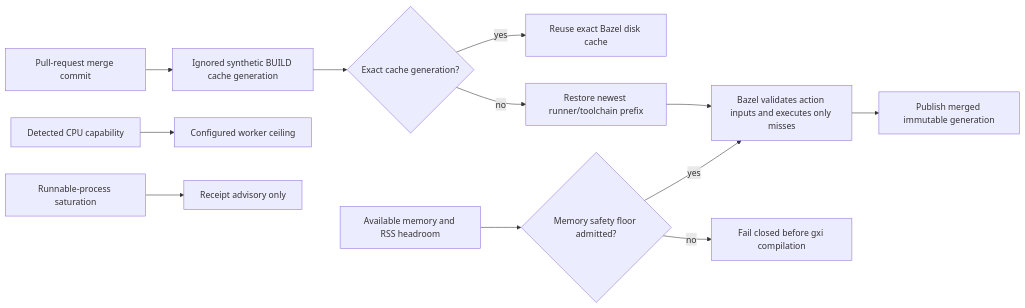
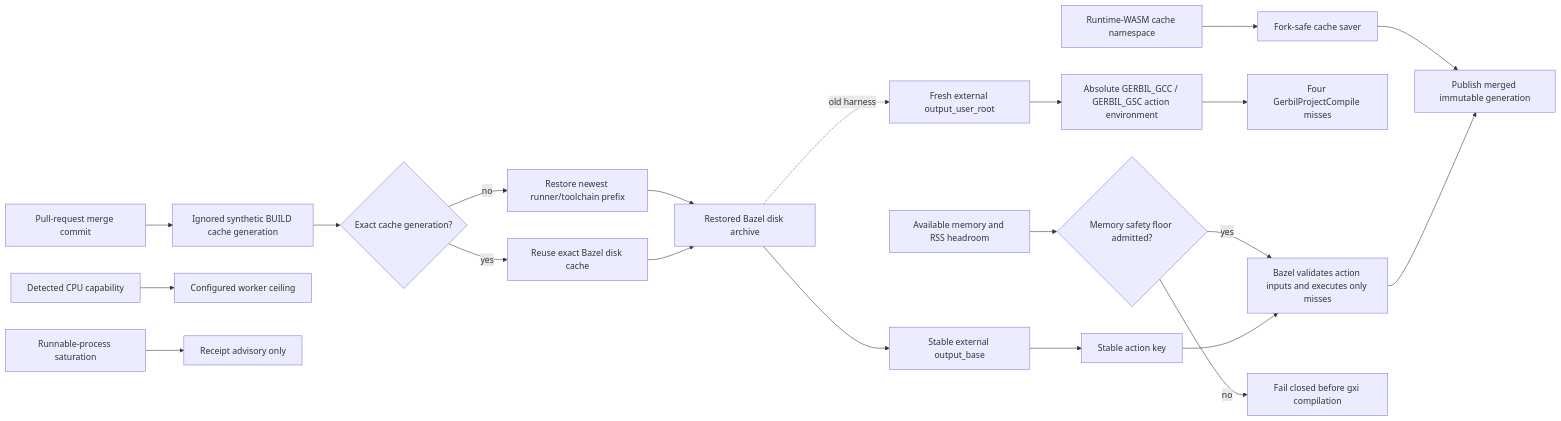
Before and after one commit to tao3k/poo-flow: the second of 16 diagrams in docs/10-19-design/10.06-poo-module-system/147-adaptive-scheme-build-guard.org, drawn with Mermaid. The commit also changed other lines of this file and 4 other files, not shown here.

Commit message:
ci: stabilize Bazel action cache keys

```diff
--- a/docs/10-19-design/10.06-poo-module-system/147-adaptive-scheme-build-guard.org
+++ b/docs/10-19-design/10.06-poo-module-system/147-adaptive-scheme-build-guard.org
@@ -357,14 +363,23 @@
 #+begin_src mermaid
 flowchart LR
   Commit["Pull-request merge commit"] --> Generation["Ignored synthetic BUILD cache generation"]
   Generation --> Restore{"Exact cache generation?"}
   Restore -->|"yes"| Exact["Reuse exact Bazel disk cache"]
   Restore -->|"no"| Prefix["Restore newest runner/toolchain prefix"]
-  Prefix --> Bazel["Bazel validates action inputs and executes only misses"]
+  Exact --> Archive["Restored Bazel disk archive"]
+  Prefix --> Archive
+  Archive --> StableBase["Stable external output_base"]
+  StableBase --> ActionKey["Stable action key"]
+  ActionKey --> Bazel["Bazel validates action inputs and executes only misses"]
   Bazel --> Save["Publish merged immutable generation"]
+  Archive -. "old harness" .-> RandomRoot["Fresh external output_user_root"]
+  RandomRoot --> AbsoluteEnv["Absolute GERBIL_GCC / GERBIL_GSC action environment"]
+  AbsoluteEnv --> Misses["Four GerbilProjectCompile misses"]
+  Runtime["Runtime-WASM cache namespace"] --> ForkSafe["Fork-safe cache saver"]
+  ForkSafe --> Save
   CPU["Detected CPU capability"] --> Workers["Configured worker ceiling"]
   Runnable["Runnable-process saturation"] --> Advisory["Receipt advisory only"]
   Memory["Available memory and RSS headroom"] --> Gate{"Memory safety floor admitted?"}
   Gate -->|"yes"| Bazel
   Gate -->|"no"| Block["Fail closed before gxi compilation"]
 #+end_src
```
